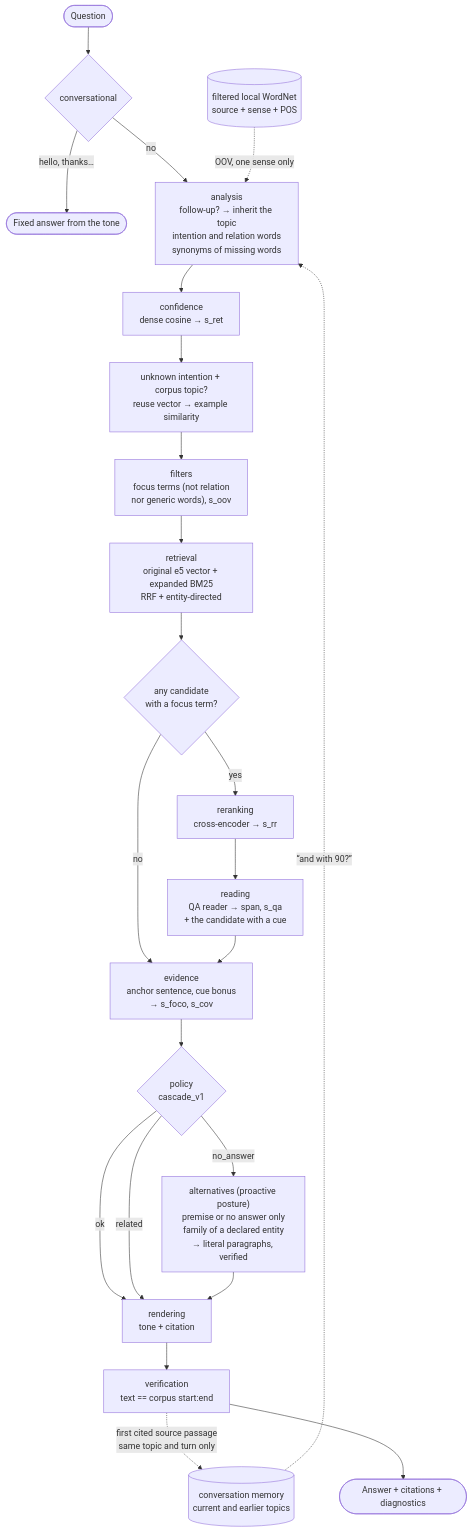
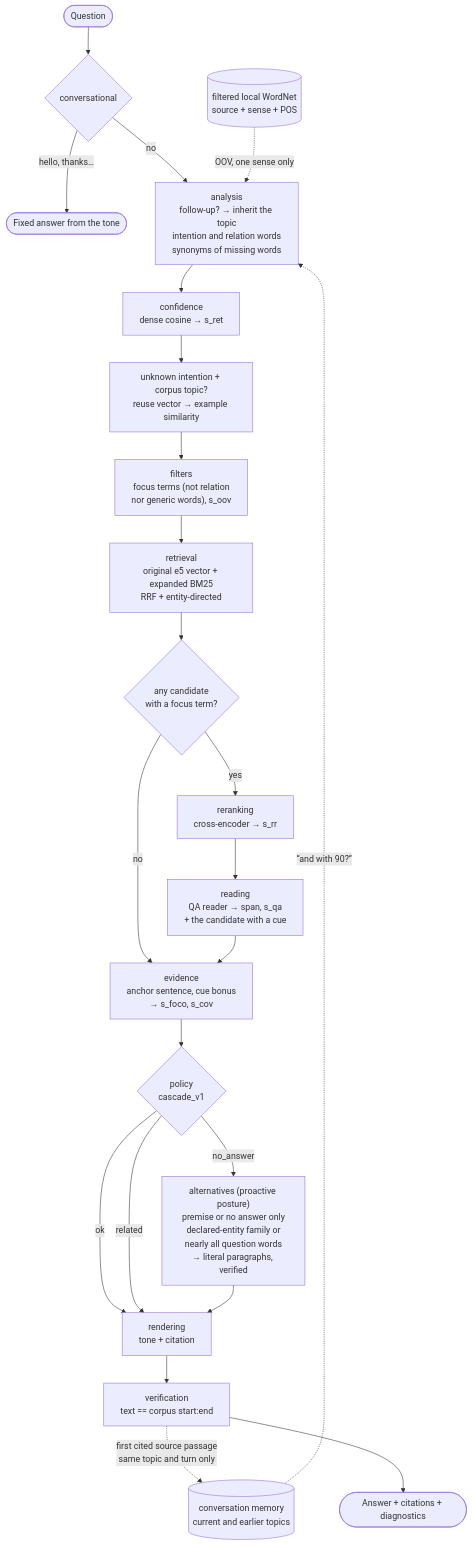
One commit to ClaudioH19/ipsis changed the third of 6 diagrams in docs/architecture.md. Above: the diagram before and after it, drawn with Mermaid. The commit also changed other lines of this file and 35 other files, not shown here.

````diff
--- a/docs/architecture.md
+++ b/docs/architecture.md
@@ -199,25 +199,25 @@
 ```mermaid
 flowchart TD
     P([Question]) --> C{conversational}
     C -- "hello, thanks…" --> RF([Fixed answer from the tone])
     C -- no --> A["analysis<br/>follow-up? → inherit the topic<br/>intention and relation words<br/>synonyms of missing words"]
     MEM[("conversation memory<br/>current and earlier topics")] -.->|"“and with 90?”"| A
     WN[("filtered local WordNet<br/>source + sense + POS")] -.->|"OOV, one sense only"| A
     A --> CF[confidence<br/>dense cosine → s_ret]
     CF --> IF["unknown intention + corpus topic?<br/>reuse vector → example similarity"]
     IF --> F["filters<br/>focus terms (not relation<br/>nor generic words), s_oov"]
     F --> R[retrieval<br/>original e5 vector + expanded BM25<br/>RRF + entity-directed]
     R --> T{any candidate<br/>with a focus term?}
     T -- no --> E
     T -- yes --> RR[reranking<br/>cross-encoder → s_rr]
     RR --> L["reading<br/>QA reader → span, s_qa<br/>+ the candidate with a cue"]
     L --> E["evidence<br/>anchor sentence, cue bonus<br/>→ s_foco, s_cov"]
     E --> PO{policy<br/>cascade_v1}
     PO -- ok --> RD[rendering<br/>tone + citation]
     PO -- related --> RD
-    PO -- no_answer --> ALT["alternatives (proactive posture)<br/>premise or no answer only<br/>family of a declared entity<br/>→ literal paragraphs, verified"]
+    PO -- no_answer --> ALT["alternatives (proactive posture)<br/>premise or no answer only<br/>declared-entity family or<br/>nearly all question words<br/>→ literal paragraphs, verified"]
     ALT --> RD
     RD --> V[verification<br/>text == corpus start:end]
     V -.->|"first cited source passage<br/>same topic and turn only"| MEM
     V --> S([Answer + citations + diagnostics])
 ```
````
